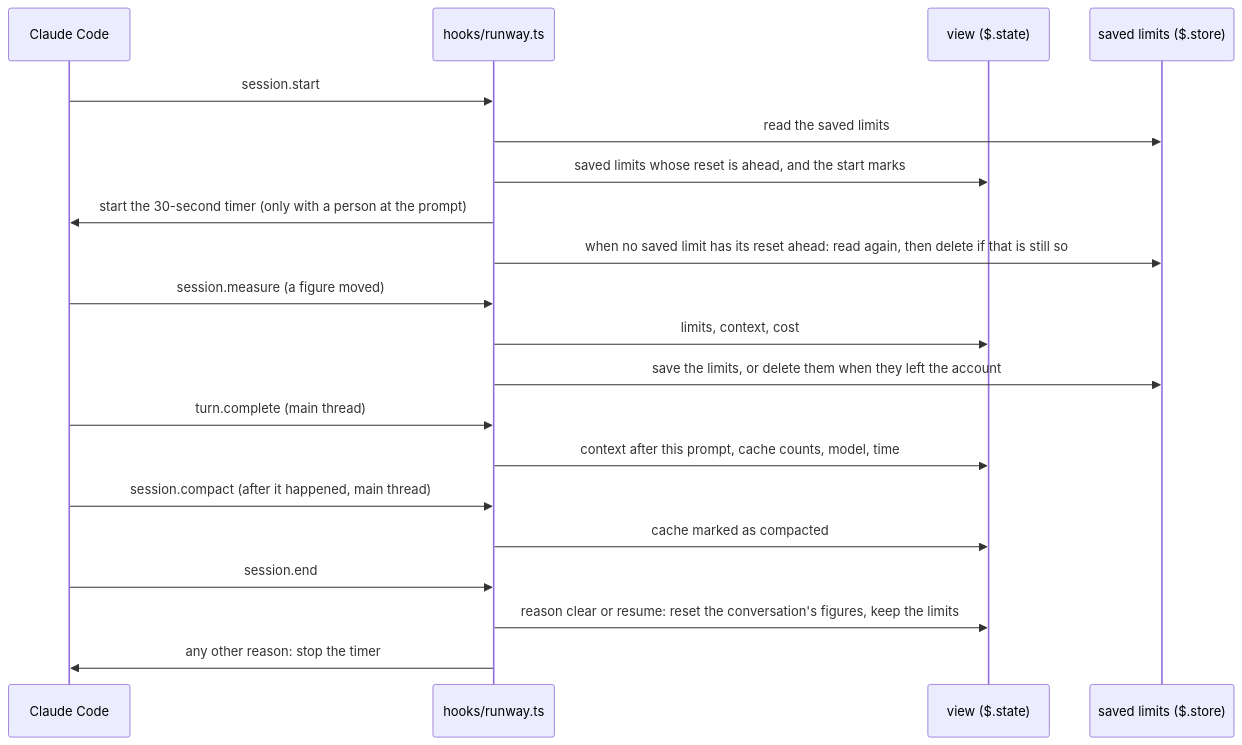
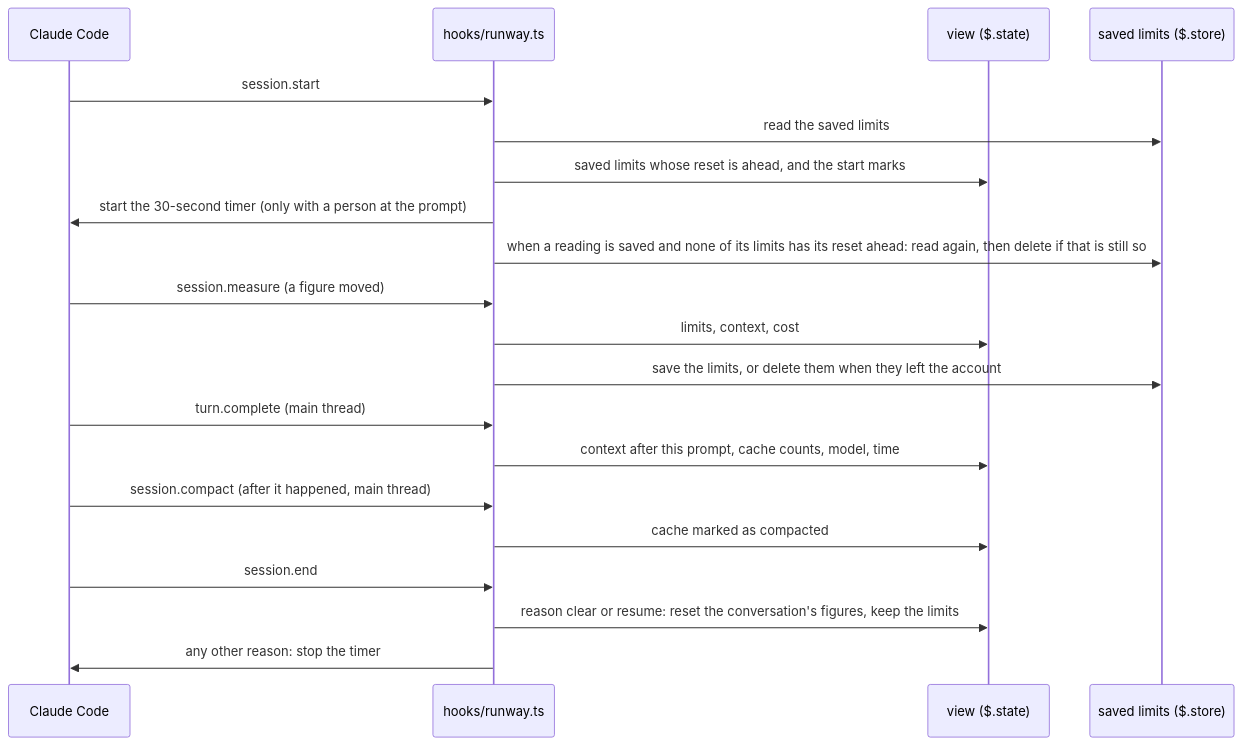
The second of 3 diagrams in docs/architecture.md (tmathura/claude-runway), drawn with Mermaid before and after one commit. The commit also changed 3 other files, not shown here.

````diff
--- a/docs/architecture.md
+++ b/docs/architecture.md
@@ -54,22 +54,22 @@
 ```mermaid
 sequenceDiagram
   participant CC as Claude Code
   participant H as hooks/runway.ts
   participant V as view ($.state)
   participant S as saved limits ($.store)
   CC->>H: session.start
   H->>S: read the saved limits
   H->>V: saved limits whose reset is ahead, and the start marks
   H->>CC: start the 30-second timer (only with a person at the prompt)
-  H->>S: when no saved limit has its reset ahead: read again, then delete if that is still so
+  H->>S: when a reading is saved and none of its limits has its reset ahead: read again, then delete if that is still so
   CC->>H: session.measure (a figure moved)
   H->>V: limits, context, cost
   H->>S: save the limits, or delete them when they left the account
   CC->>H: turn.complete (main thread)
   H->>V: context after this prompt, cache counts, model, time
   CC->>H: session.compact (after it happened, main thread)
   H->>V: cache marked as compacted
   CC->>H: session.end
   H->>V: reason clear or resume: reset the conversation's figures, keep the limits
   H->>CC: any other reason: stop the timer
 ```
````
